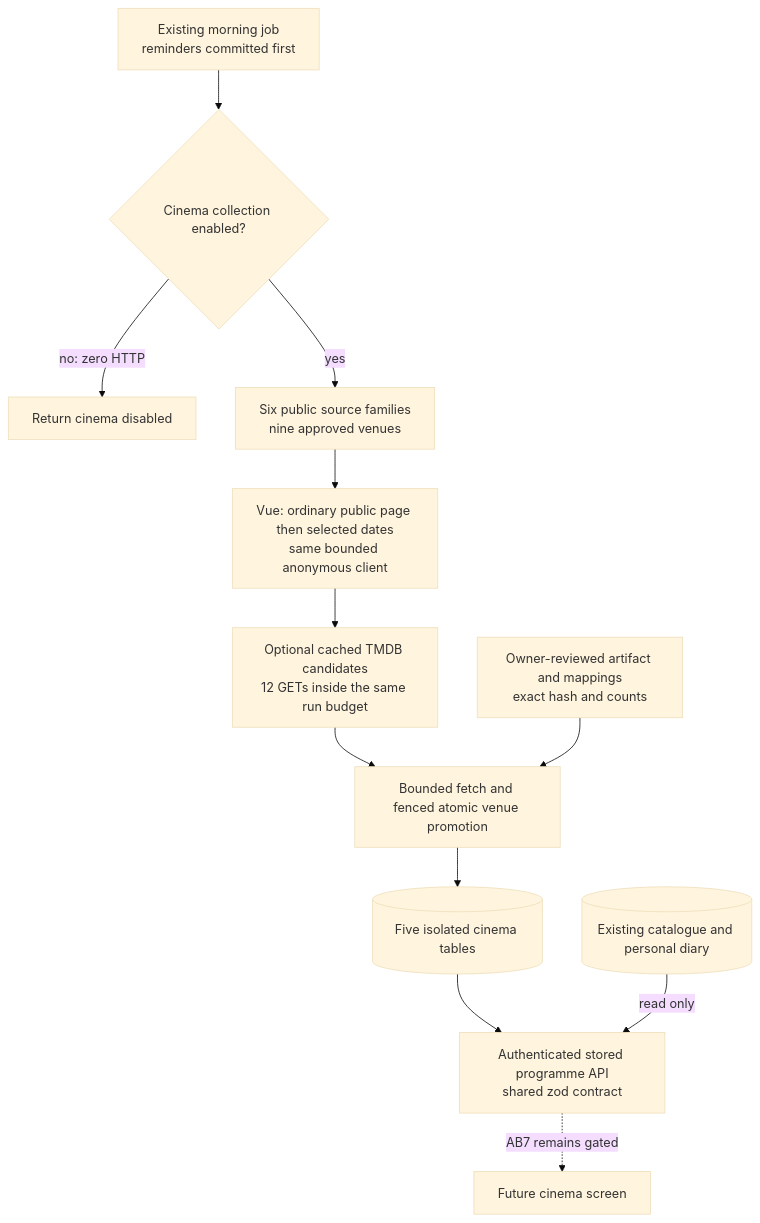
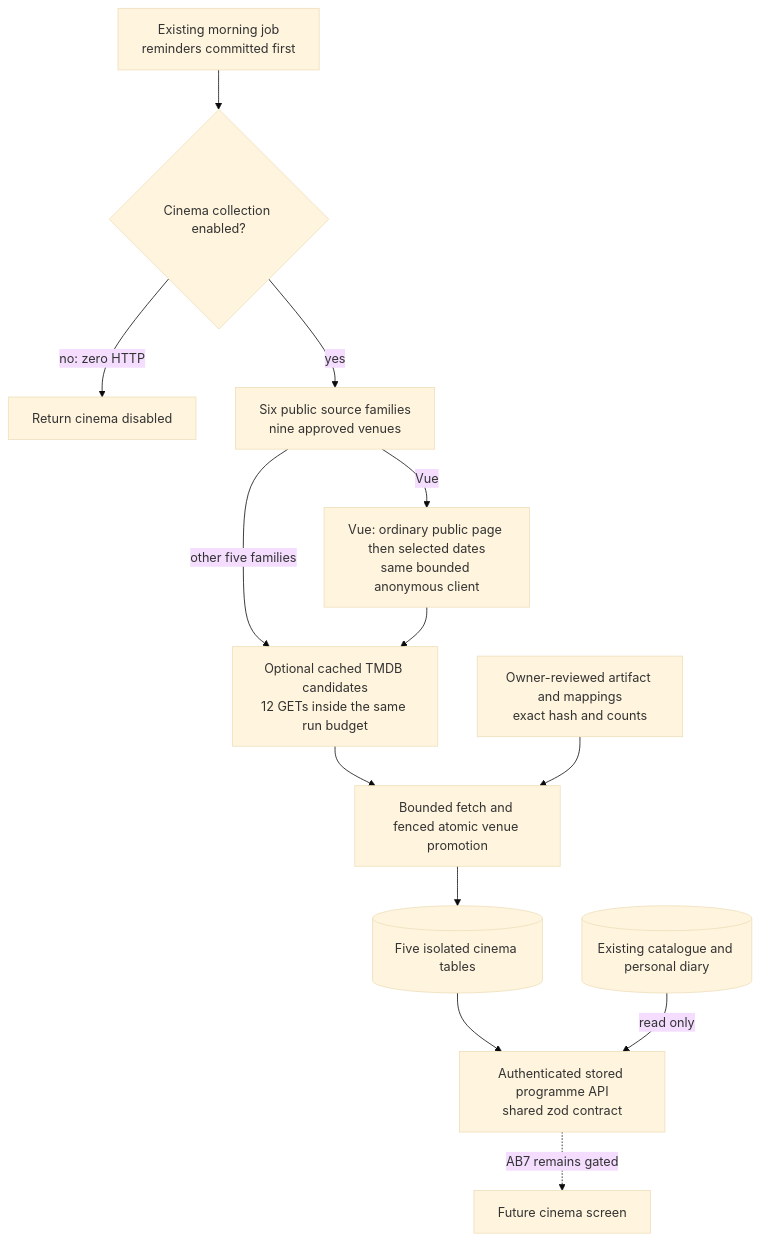
Before and after one commit to CraigR973/mcu-app: the second of 16 diagrams in docs/architecture-map.md, drawn with Mermaid (base theme). The commit also changed other lines of this file and 11 other files, not shown here.

````diff
--- a/docs/architecture-map.md
+++ b/docs/architecture-map.md
@@ -21,14 +21,15 @@
 ```mermaid
 flowchart TB
     Reminder[Existing morning job<br/>reminders committed first] --> Disabled{Cinema collection enabled?}
     Disabled -- no: zero HTTP --> Stop[Return cinema disabled]
     Disabled -- yes --> Public[Six public source families<br/>nine approved venues]
-    Public --> PageFirst[Vue: ordinary public page then selected dates<br/>same bounded anonymous client]
+    Public -- Vue --> PageFirst[Vue: ordinary public page then selected dates<br/>same bounded anonymous client]
+    Public -- other five families --> Metadata
     PageFirst --> Metadata[Optional cached TMDB candidates<br/>12 GETs inside the same run budget]
     Metadata --> Fence[Bounded fetch and fenced atomic venue promotion]
     Review[Owner-reviewed artifact and mappings<br/>exact hash and counts] --> Fence
     Fence --> Cinema[(Five isolated cinema tables)]
     Cinema --> Read[Authenticated stored programme API<br/>shared zod contract]
     Catalogue[(Existing catalogue and personal diary)] -- read only --> Read
     Read -. AB7 remains gated .-> Discovery[Future cinema screen]
 ```
````
